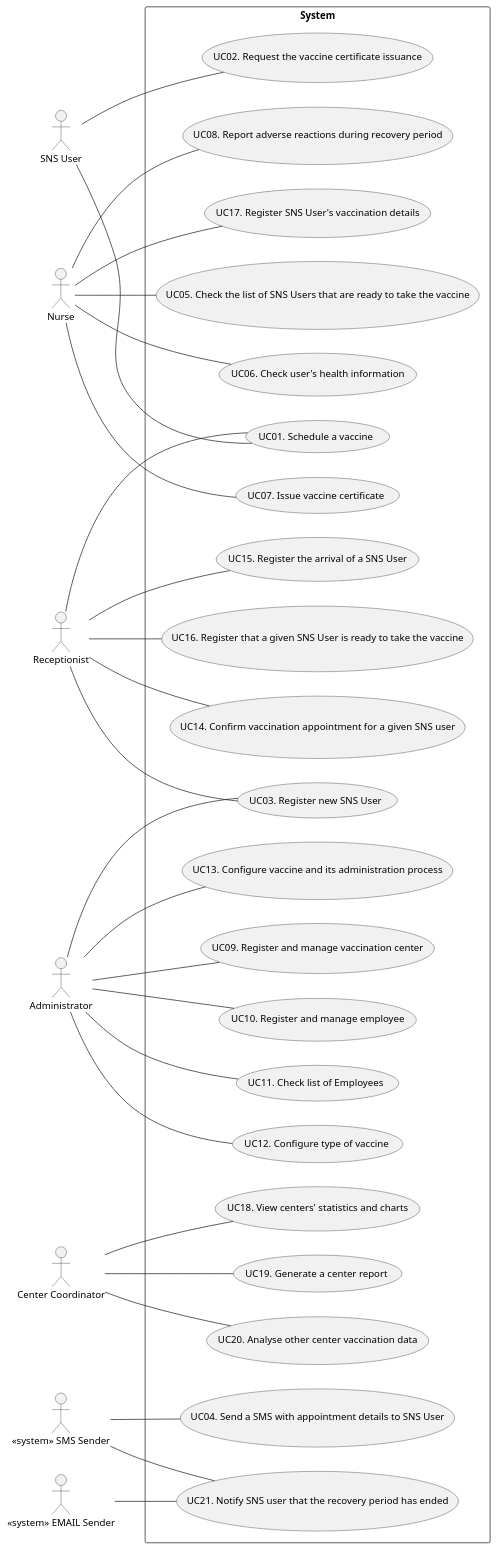
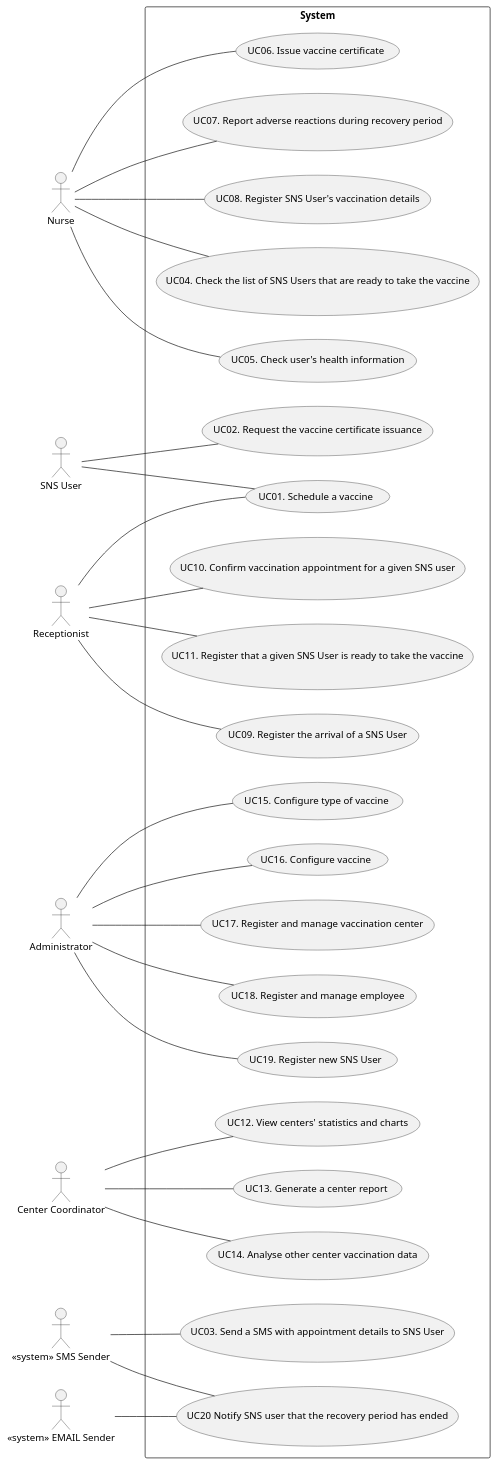
The diagram in docs/SprintA/UCD.puml (miseEnPlace-i/lapr2), drawn with PlantUML before and after one commit. The commit also changed 9 other files, not shown here.

```diff
--- a/docs/SprintA/UCD.puml
+++ b/docs/SprintA/UCD.puml
@@ -1,62 +1,59 @@
 @startuml UCD
 
 left to right direction
 
 actor "SNS User" as user
 actor "Nurse" as nurse
 actor "Receptionist" as recept
 actor "Administrator" as admin
 actor "Center Coordinator" as coordinator
 actor "<< system >> SMS Sender" as dgs
 actor "<< system >> EMAIL Sender" as dgsEmail
 
 rectangle System {
   usecase "UC01. Schedule a vaccine" as UC01
   usecase "UC02. Request the vaccine certificate issuance" as UC02
-  usecase "UC03. Register new SNS User" as UC20
-  usecase "UC04. Send a SMS with appointment details to SNS User" as UC03
-  usecase "UC05. Check the list of SNS Users that are ready to take the vaccine" as UC05
-  usecase "UC06. Check user's health information" as UC06
-  usecase "UC07. Issue vaccine certificate" as UC07
-  usecase "UC08. Report adverse reactions during recovery period" as UC08
-  usecase "UC09. Register and manage vaccination center" as UC18
-  usecase "UC10. Register and manage employee" as UC19
-  usecase "UC11. Check list of Employees" as UC22
-  usecase "UC12. Configure type of vaccine" as UC16
-  usecase "UC13. Configure vaccine and its administration process" as UC17
-  usecase "UC14. Confirm vaccination appointment for a given SNS user" as UC11
-  usecase "UC15. Register the arrival of a SNS User" as UC10
-  usecase "UC16. Register that a given SNS User is ready to take the vaccine" as UC12
-  usecase "UC17. Register SNS User's vaccination details" as UC09
-  usecase "UC18. View centers' statistics and charts" as UC13
-  usecase "UC19. Generate a center report" as UC14
-  usecase "UC20. Analyse other center vaccination data" as UC15
-  usecase "UC21. Notify SNS user that the recovery period has ended" as UC21
+  usecase "UC03. Send a SMS with appointment details to SNS User" as UC03
+  usecase "UC04. Check the list of SNS Users that are ready to take the vaccine" as UC05
+  usecase "UC05. Check user's health information" as UC06
+  usecase "UC06. Issue vaccine certificate" as UC07
+  usecase "UC07. Report adverse reactions during recovery period" as UC08
+  usecase "UC08. Register SNS User's vaccination details" as UC09
+  usecase "UC09. Register the arrival of a SNS User" as UC10
+  usecase "UC10. Confirm vaccination appointment for a given SNS user" as UC11
+  usecase "UC11. Register that a given SNS User is ready to take the vaccine" as UC12
+  usecase "UC12. View centers' statistics and charts" as UC13
+  usecase "UC13. Generate a center report" as UC14
+  usecase "UC14. Analyse other center vaccination data" as UC15
+  usecase "UC15. Configure type of vaccine" as UC16
+  usecase "UC16. Configure vaccine" as UC17
+  usecase "UC17. Register and manage vaccination center" as UC18
+  usecase "UC18. Register and manage employee" as UC19
+  usecase "UC19. Register new SNS User" as UC20
+  usecase "UC20  Notify SNS user that the recovery period has ended" as UC21
 }
 
 user -- UC01
 user -- UC02
 dgs -- UC03
 recept -- UC01
-recept -- UC20
 nurse -- UC05
 nurse -- UC06
 nurse -- UC07
 nurse -- UC08
 nurse -- UC09
 recept -- UC10
 recept -- UC11
 recept -- UC12
 coordinator -- UC13
 coordinator -- UC14
 coordinator -- UC15
 admin -- UC16
 admin -- UC17
 admin -- UC18
 admin -- UC19
-admin -- UC22
 admin -- UC20
 dgs -- UC21
 dgsEmail -- UC21
 
 @enduml
```
